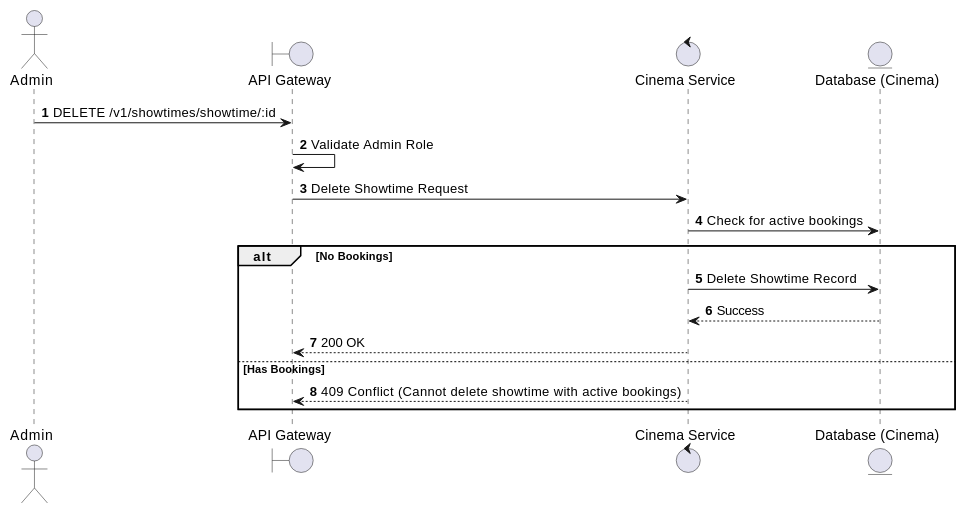
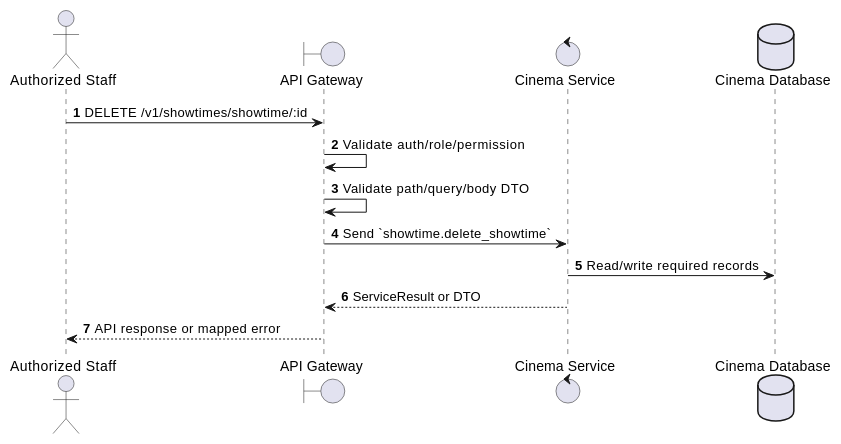
One commit to Tanh1603/movie-hub-architecture changed the first of 2 diagrams in docs/functional_specs/3.4_Showtime_Scheduling/ST-06_Delete_Showtime.md. Above: the diagram before and after it, drawn with PlantUML. The commit also changed other lines of this file and 126 other files, not shown here.

````diff
--- a/docs/functional_specs/3.4_Showtime_Scheduling/ST-06_Delete_Showtime.md
+++ b/docs/functional_specs/3.4_Showtime_Scheduling/ST-06_Delete_Showtime.md
@@ -17,21 +17,17 @@
 ```plantuml
 @startuml
 autonumber
-actor Admin
+actor "Authorized Staff" as Actor
 boundary "API Gateway" as GW
-control "Cinema Service" as CS
-entity "Database (Cinema)" as DB
+control "Cinema Service" as SVC
+database "Cinema Database" as DB
 
-Admin -> GW: DELETE /v1/showtimes/showtime/:id
-GW -> GW: Validate Admin Role
-GW -> CS: Delete Showtime Request
-CS -> DB: Check for active bookings
-alt No Bookings
-    CS -> DB: Delete Showtime Record
-    DB --> CS: Success
-    CS --> GW: 200 OK
-else Has Bookings
-    CS --> GW: 409 Conflict (Cannot delete showtime with active bookings)
-end
+Actor -> GW: DELETE /v1/showtimes/showtime/:id
+GW -> GW: Validate auth/role/permission
+GW -> GW: Validate path/query/body DTO
+GW -> SVC: Send `showtime.delete_showtime`
+SVC -> DB: Read/write required records
+SVC --> GW: ServiceResult or DTO
+GW --> Actor: API response or mapped error
 @enduml
 ```
````
